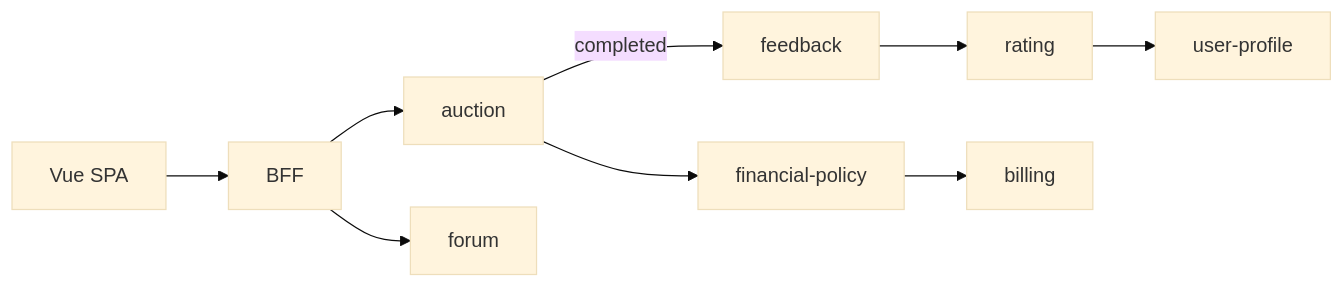
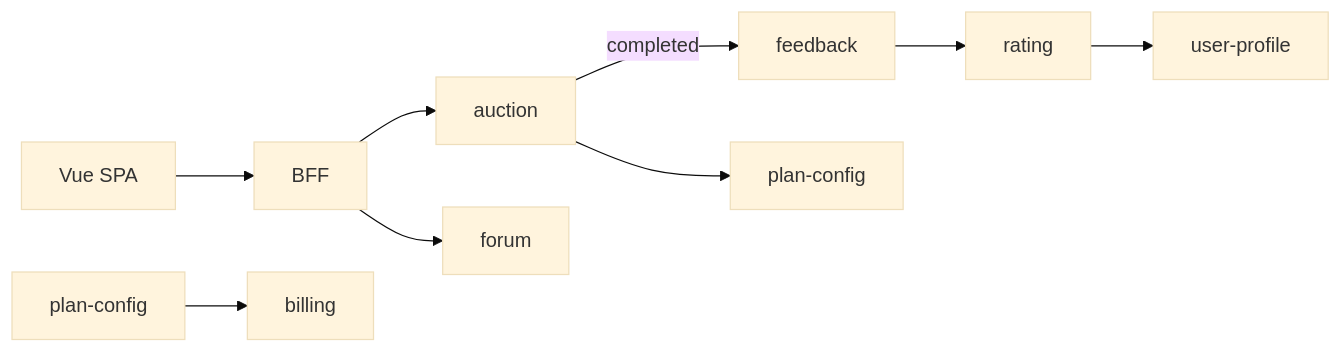
One commit to andrewb76/tavrida changed the diagram in docs/01-goal/platform-scenarios.md. Above: the diagram before and after it, drawn with Mermaid (base theme). The commit also changed other lines of this file and 86 other files, not shown here.

First line of the commit message:
docs(config): align on plan-config/scalar-config and semantic plan keys.

````diff
--- a/docs/01-goal/platform-scenarios.md
+++ b/docs/01-goal/platform-scenarios.md
@@ -52,11 +52,11 @@
 ```mermaid
 flowchart LR
     SPA[Vue SPA] --> BFF[BFF]
     BFF --> A[auction]
     BFF --> F[forum]
     A -->|completed| FB[feedback]
     FB --> R[rating]
     R --> UP[user-profile]
-    A --> FP[financial-policy]
-    FP --> BL[billing]
+    A --> PC[plan-config]
+    plan-config --> BL[billing]
 ```
````
